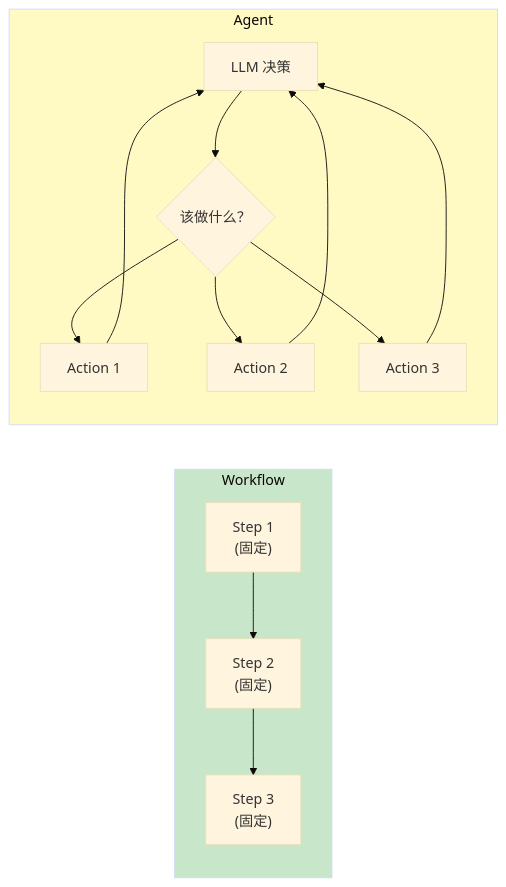
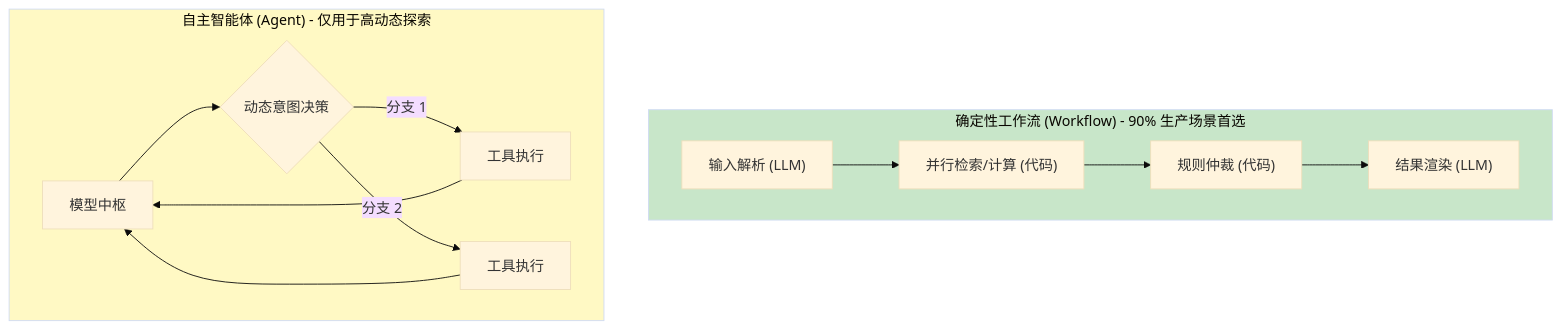
The seventh of 9 diagrams in chapters/11-agents.md (yingwang/thinking-in-llm), drawn with Mermaid (base theme) before and after one commit. The commit also changed other lines of this file and 31 other files, not shown here.

````diff
--- a/chapters/11-agents.md
+++ b/chapters/11-agents.md
@@ -460,18 +318,17 @@
 ```mermaid
-flowchart LR
-    subgraph WF["Workflow"]
-        W1["Step 1<br>(固定)"] --> W2["Step 2<br>(固定)"] --> W3["Step 3<br>(固定)"]
-    end
-    subgraph AG["Agent"]
-        A1["LLM 决策"] --> A2{"该做什么？"}
-        A2 --> Aa["Action 1"]
-        A2 --> Ab["Action 2"]
-        A2 --> Ac["Action 3"]
-        Aa --> A1
-        Ab --> A1
-        Ac --> A1
+flowchart TD
+    subgraph Workflow["确定性工作流 (Workflow) - 90% 生产场景首选"]
+        direction LR
+        W1["输入解析 (LLM)"] --> W2["并行检索/计算 (代码)"] --> W3["规则仲裁 (代码)"] --> W4["结果渲染 (LLM)"]
     end
     
-    style WF fill:#c8e6c9
-    style AG fill:#fff9c4
+    subgraph Agent["自主智能体 (Agent) - 仅用于高动态探索"]
+        direction LR
+        A1["模型中枢"] --> A2{"动态意图决策"}
+        A2 -->|分支 1| T1["工具执行"] --> A1
+        A2 -->|分支 2| T2["工具执行"] --> A1
+    end
+    
+    style Workflow fill:#c8e6c9
+    style Agent fill:#fff9c4
 ```
````
